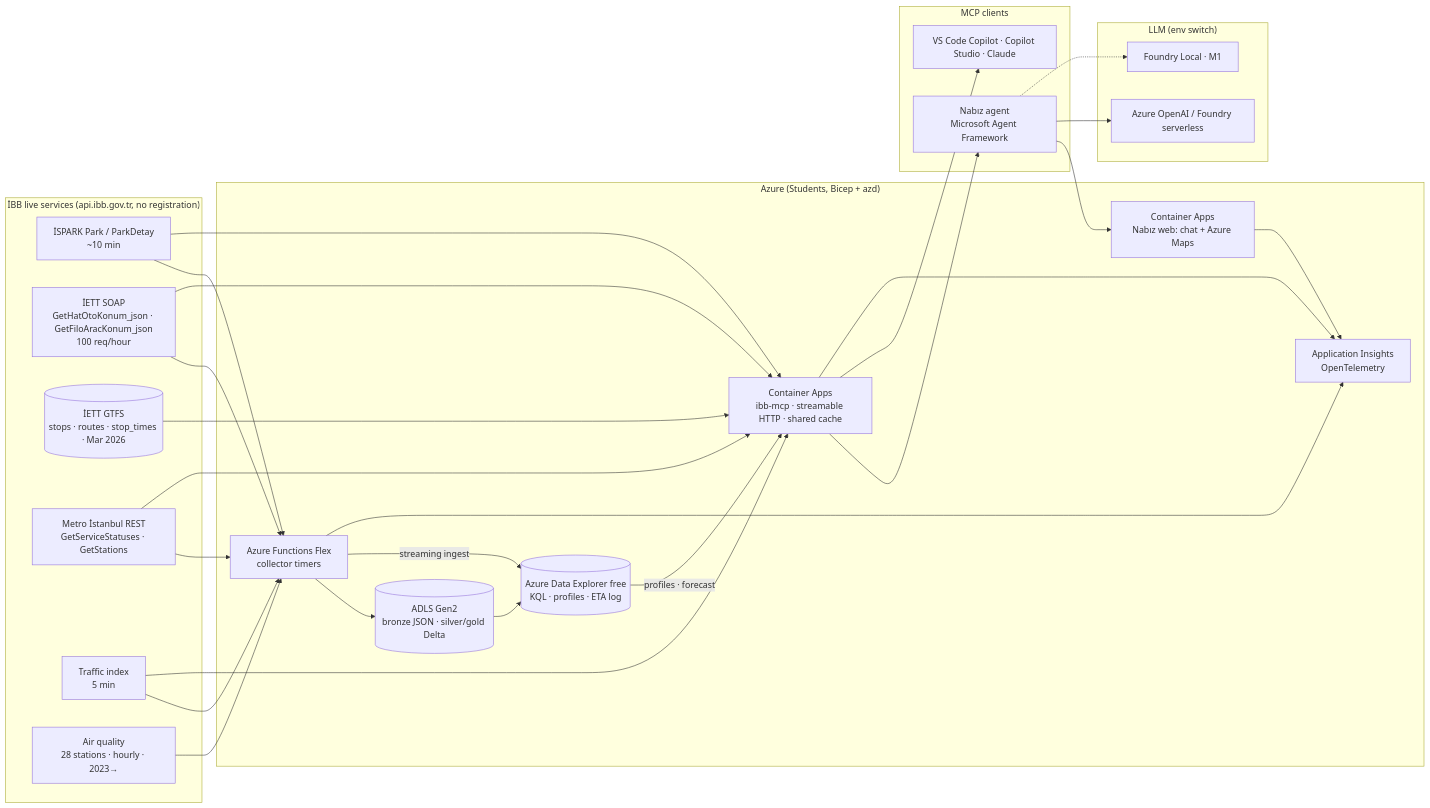
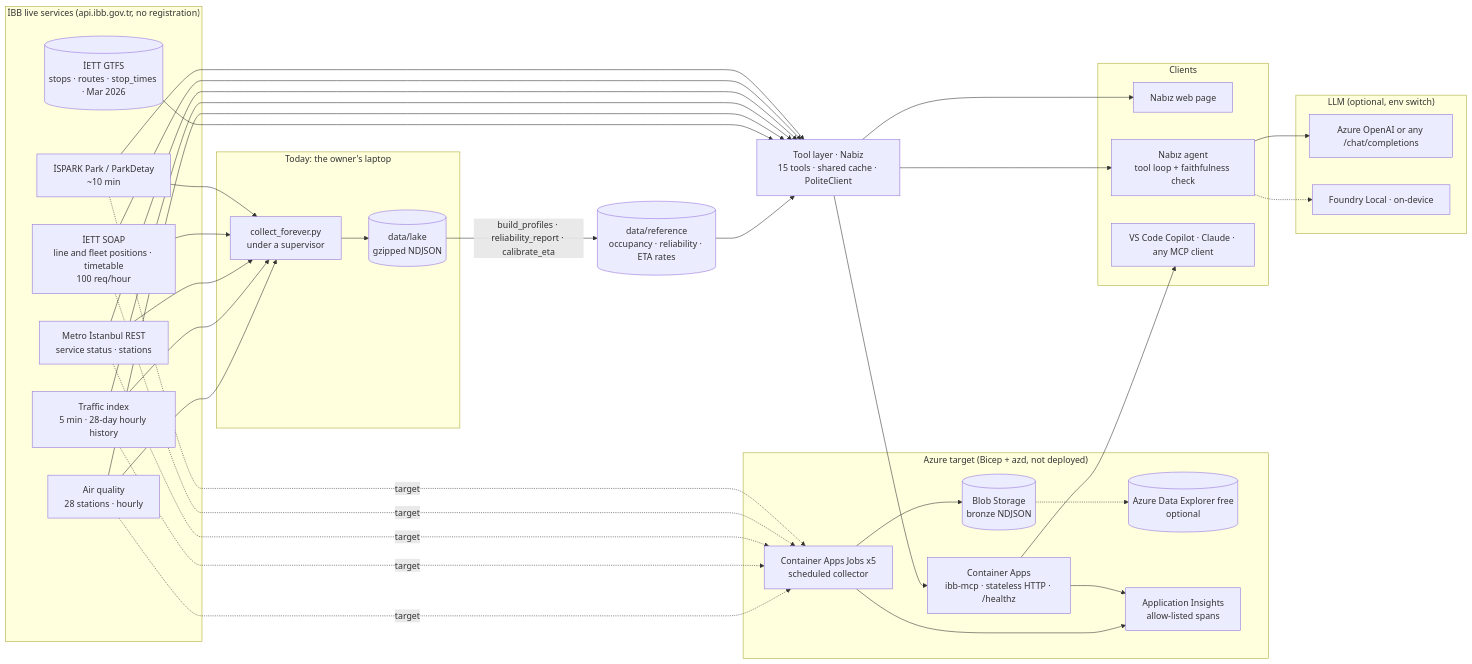
Before and after one commit to muratcan-ates/istanbul-nabiz: the diagram in README.md, drawn with Mermaid. The commit also changed other lines of this file and 1 other file, not shown here.

````diff
--- a/README.md
+++ b/README.md
@@ -79,37 +83,45 @@
 ```mermaid
 flowchart LR
   subgraph IBB["İBB live services (api.ibb.gov.tr, no registration)"]
     P[İSPARK Park / ParkDetay<br/>~10 min]
-    B[İETT SOAP<br/>GetHatOtoKonum_json · GetFiloAracKonum_json<br/>100 req/hour]
+    B[İETT SOAP<br/>line and fleet positions · timetable<br/>100 req/hour]
     G[(İETT GTFS<br/>stops · routes · stop_times · Mar 2026)]
-    M[Metro İstanbul REST<br/>GetServiceStatuses · GetStations]
-    T[Traffic index<br/>5 min]
-    AQ[Air quality<br/>28 stations · hourly · 2023→]
+    M[Metro İstanbul REST<br/>service status · stations]
+    T[Traffic index<br/>5 min · 28-day hourly history]
+    AQ[Air quality<br/>28 stations · hourly]
   end
-  subgraph AZ["Azure (Students, Bicep + azd)"]
-    F[Azure Functions Flex<br/>collector timers]
-    L[(ADLS Gen2<br/>bronze JSON · silver/gold Delta)]
-    K[(Azure Data Explorer free<br/>KQL · profiles · ETA log)]
-    MCP[Container Apps<br/>ibb-mcp · streamable HTTP · shared cache]
-    UI[Container Apps<br/>Nabız web: chat + Azure Maps]
-    AI[Application Insights<br/>OpenTelemetry]
+  subgraph NOW["Today: the owner's laptop"]
+    LC[collect_forever.py<br/>under a supervisor]
+    LL[(data/lake<br/>gzipped NDJSON)]
   end
-  subgraph CL["MCP clients"]
-    AG[Nabız agent<br/>Microsoft Agent Framework]
-    VS[VS Code Copilot · Copilot Studio · Claude]
+  subgraph AZ["Azure target (Bicep + azd, not deployed)"]
+    J[Container Apps Jobs x5<br/>scheduled collector]
+    BL[(Blob Storage<br/>bronze NDJSON)]
+    K[(Azure Data Explorer free<br/>optional)]
+    MCP[Container Apps<br/>ibb-mcp · stateless HTTP · /healthz]
+    AI[Application Insights<br/>allow-listed spans]
   end
-  subgraph LLM["LLM (env switch)"]
-    AO[Azure OpenAI / Foundry serverless]
-    FL[Foundry Local · M1]
+  REF[(data/reference<br/>occupancy · reliability · ETA rates)]
+  TL[Tool layer · Nabiz<br/>15 tools · shared cache · PoliteClient]
+  subgraph CL["Clients"]
+    WEB[Nabız web page]
+    AG[Nabız agent<br/>tool loop + faithfulness check]
+    VS[VS Code Copilot · Claude · any MCP client]
   end
-  P & B & M & T & AQ --> F --> L --> K
-  F -->|streaming ingest| K
-  P & B & M & T --> MCP
-  G --> MCP
-  K -->|profiles · forecast| MCP
-  MCP --> AG & VS
-  AG --> UI
+  subgraph LLM["LLM (optional, env switch)"]
+    AO[Azure OpenAI or any /chat/completions]
+    FL[Foundry Local · on-device]
+  end
+  P & B & M & T & AQ --> LC --> LL
+  P & B & M & T & AQ -. target .-> J --> BL -.-> K
+  LL -->|build_profiles · reliability_report · calibrate_eta| REF
+  P & B & M & T & AQ --> TL
+  G --> TL
+  REF --> TL
+  TL --> MCP --> VS
+  TL --> WEB
+  TL --> AG
   AG --> AO
   AG -.-> FL
-  F & MCP & UI --> AI
+  MCP & J --> AI
 ```
````
